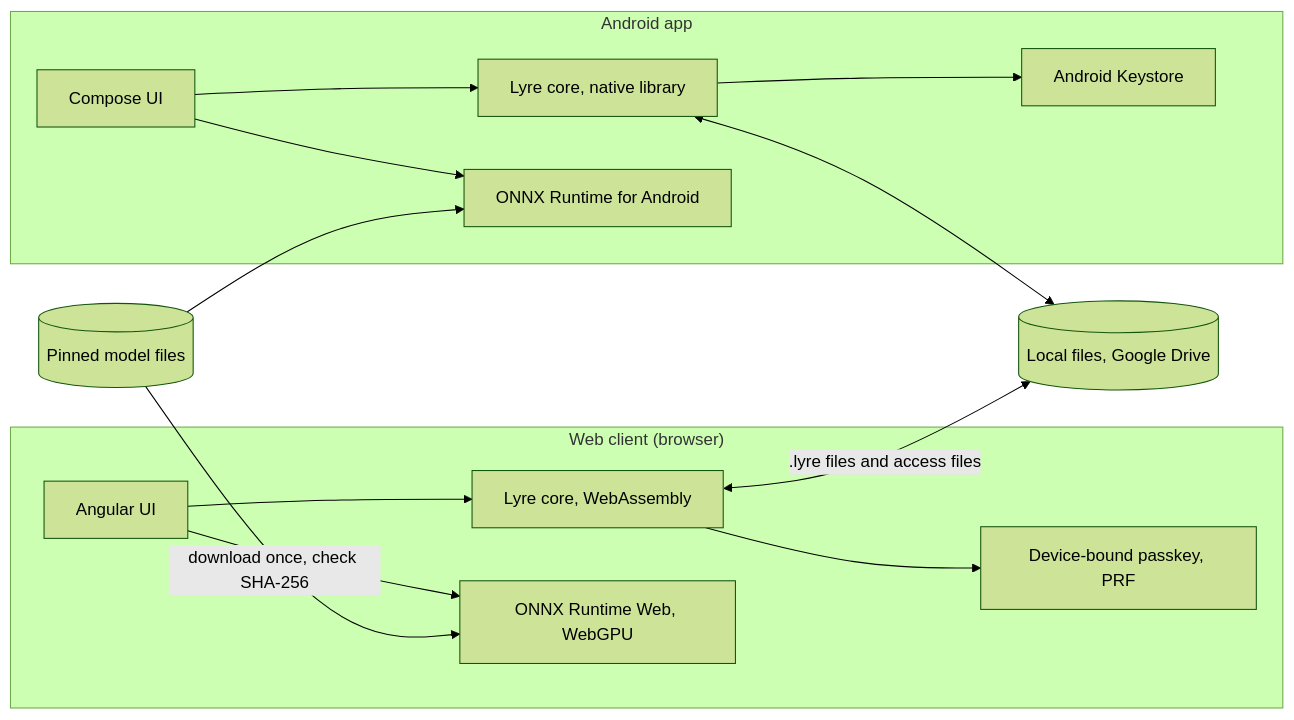
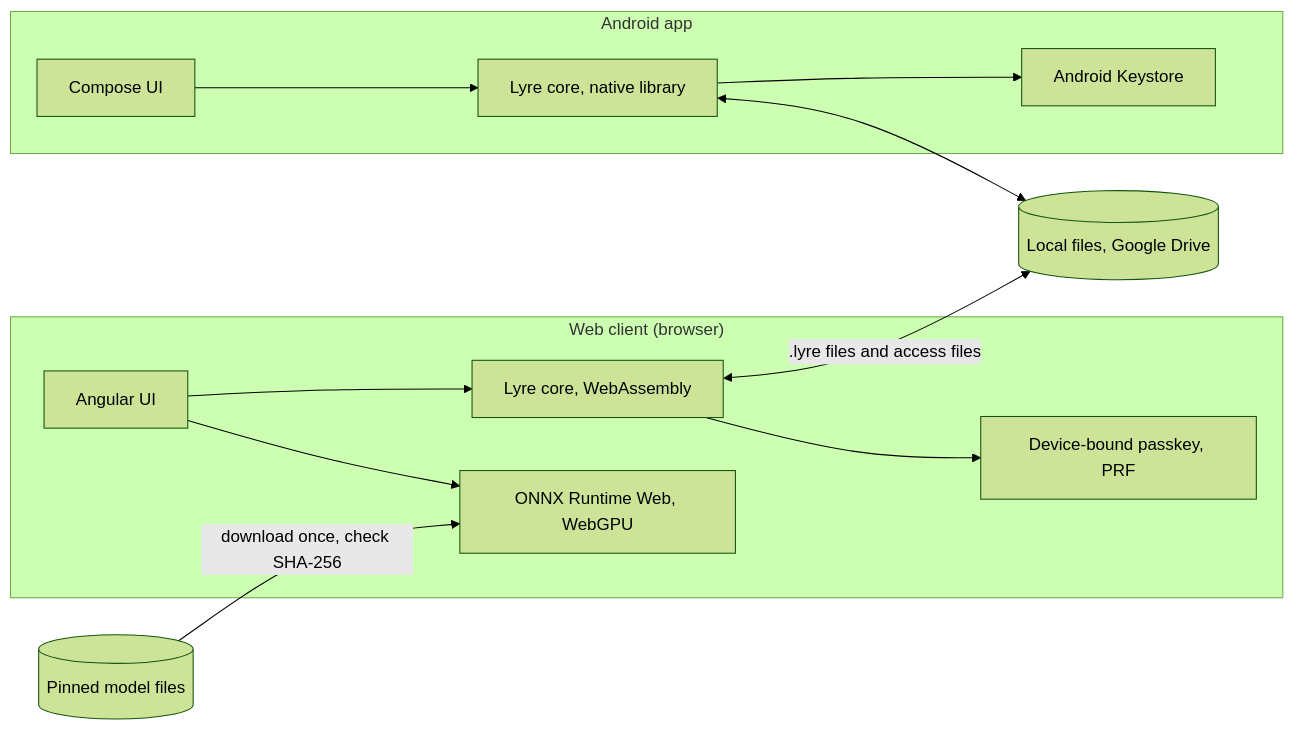
Before and after one commit to phuongnse/lyre: the diagram in docs/architecture.md, drawn with Mermaid (forest theme). The commit also changed other lines of this file and 8 other files, not shown here.

````diff
--- a/docs/architecture.md
+++ b/docs/architecture.md
@@ -10,17 +10,15 @@
 ```mermaid
 flowchart LR
     subgraph Web["Web client (browser)"]
         WebUI[Angular UI] --> WasmCore[Lyre core, WebAssembly]
         WebUI --> OrtWeb[ONNX Runtime Web, WebGPU]
         WasmCore --> Passkey[Device-bound passkey, PRF]
     end
     subgraph Android["Android app"]
         Compose[Compose UI] --> NativeCore[Lyre core, native library]
-        Compose --> OrtAndroid[ONNX Runtime for Android]
         NativeCore --> Keystore[Android Keystore]
     end
     WasmCore <-->|".lyre files and access files"| Files[(Local files, Google Drive)]
     NativeCore <--> Files
     Models[(Pinned model files)] -->|download once, check SHA-256| OrtWeb
-    Models --> OrtAndroid
 ```
````
